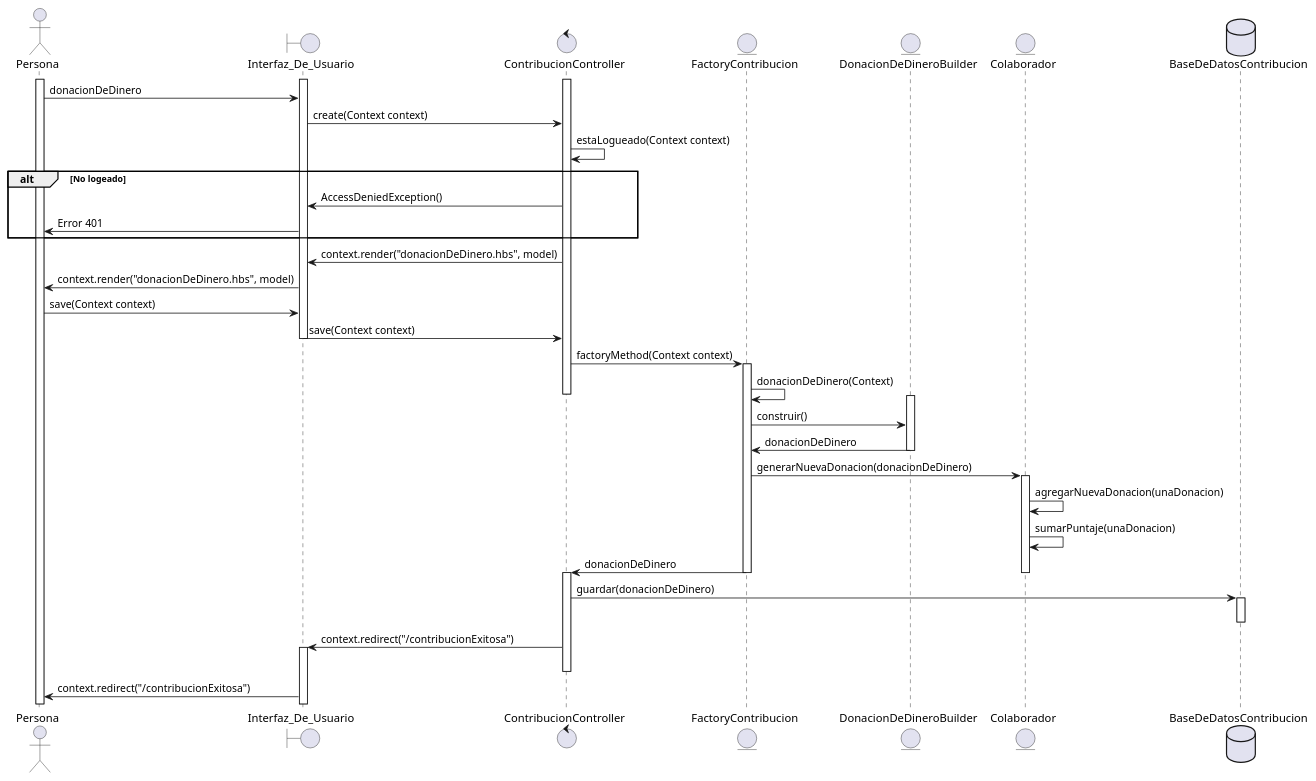
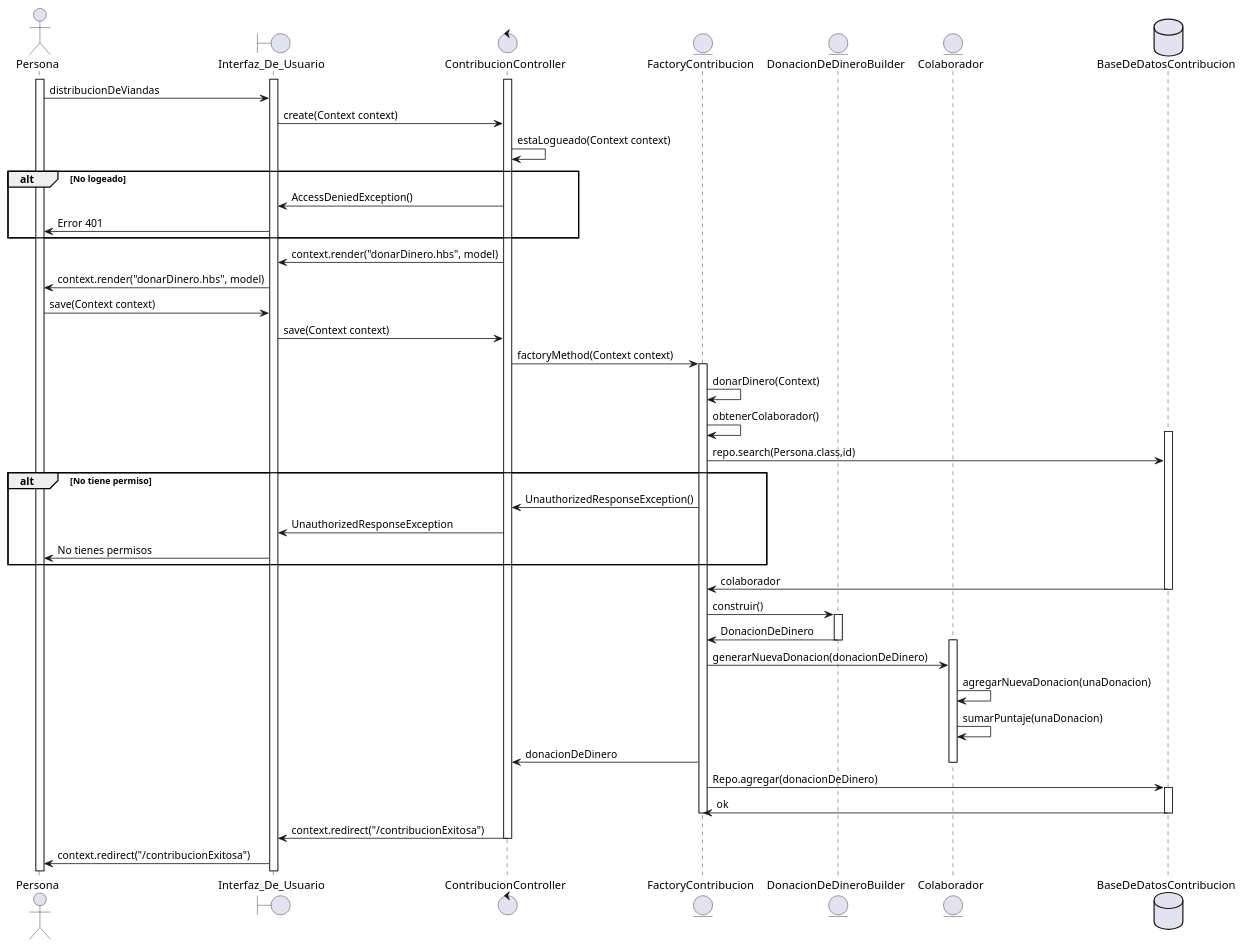
The diagram in UMLs/FormasDeContribucion/DonarDinero.puml (JBDelupi/TPs---DDS), drawn with PlantUML before and after one commit. The commit also changed 14 other files, not shown here.

```diff
--- a/UMLs/FormasDeContribucion/DonarDinero.puml
+++ b/UMLs/FormasDeContribucion/DonarDinero.puml
@@ -1,58 +1,63 @@
-@startuml GenerarDonacionDeDinero
+@startuml DonarDinero
 actor Persona
 boundary Interfaz_De_Usuario
 control ContribucionController
-
 
 entity FactoryContribucion
 entity DonacionDeDineroBuilder
 entity Colaborador
 database BaseDeDatosContribucion
 
 activate Persona
 activate Interfaz_De_Usuario
 activate ContribucionController
-Persona->Interfaz_De_Usuario: donacionDeDinero
+Persona->Interfaz_De_Usuario: distribucionDeViandas
 
 Interfaz_De_Usuario->ContribucionController: create(Context context)
 ContribucionController->ContribucionController: estaLogueado(Context context)
 
 
 alt No logeado
     ContribucionController->Interfaz_De_Usuario: AccessDeniedException()
     Interfaz_De_Usuario->Persona: Error 401
 end
 
-ContribucionController -> Interfaz_De_Usuario: context.render("donacionDeDinero.hbs", model)
-Interfaz_De_Usuario -> Persona: context.render("donacionDeDinero.hbs", model)
+ContribucionController -> Interfaz_De_Usuario: context.render("donarDinero.hbs", model)
+Interfaz_De_Usuario -> Persona: context.render("donarDinero.hbs", model)
 
 Persona -> Interfaz_De_Usuario: save(Context context)
 Interfaz_De_Usuario -> ContribucionController: save(Context context)
-deactivate Interfaz_De_Usuario
 ContribucionController -> FactoryContribucion: factoryMethod(Context context)
-
 activate FactoryContribucion
-FactoryContribucion -> FactoryContribucion: donacionDeDinero(Context)
-deactivate ContribucionController
+FactoryContribucion -> FactoryContribucion: donarDinero(Context)
+FactoryContribucion -> FactoryContribucion: obtenerColaborador()
+activate BaseDeDatosContribucion
+FactoryContribucion -> BaseDeDatosContribucion : repo.search(Persona.class,id)
+alt No tiene permiso
+    FactoryContribucion -> ContribucionController: UnauthorizedResponseException()
+    ContribucionController -> Interfaz_De_Usuario: UnauthorizedResponseException
+    Interfaz_De_Usuario -> Persona: No tienes permisos
+end
+BaseDeDatosContribucion -> FactoryContribucion : colaborador
+deactivate BaseDeDatosContribucion
+FactoryContribucion -> DonacionDeDineroBuilder: construir()
 activate DonacionDeDineroBuilder
-FactoryContribucion -> DonacionDeDineroBuilder: construir()
-DonacionDeDineroBuilder -> FactoryContribucion: donacionDeDinero
+DonacionDeDineroBuilder -> FactoryContribucion: DonacionDeDinero
 deactivate DonacionDeDineroBuilder
+activate Colaborador
 FactoryContribucion -> Colaborador: generarNuevaDonacion(donacionDeDinero)
-activate Colaborador
 Colaborador -> Colaborador: agregarNuevaDonacion(unaDonacion)
 Colaborador -> Colaborador: sumarPuntaje(unaDonacion)
 FactoryContribucion -> ContribucionController: donacionDeDinero
 deactivate Colaborador
+FactoryContribucion -> BaseDeDatosContribucion: Repo.agregar(donacionDeDinero)
+activate BaseDeDatosContribucion
+BaseDeDatosContribucion -> FactoryContribucion: ok
 deactivate FactoryContribucion
-activate ContribucionController
-ContribucionController -> BaseDeDatosContribucion: guardar(donacionDeDinero)
-activate BaseDeDatosContribucion
 deactivate BaseDeDatosContribucion
 ContribucionController -> Interfaz_De_Usuario: context.redirect("/contribucionExitosa")
-activate Interfaz_De_Usuario
 deactivate ContribucionController
 
 Interfaz_De_Usuario -> Persona: context.redirect("/contribucionExitosa")
 
 @enduml
```
